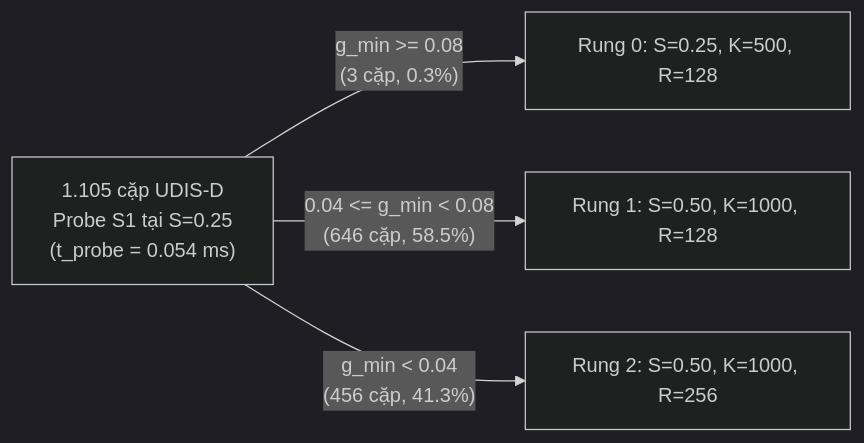
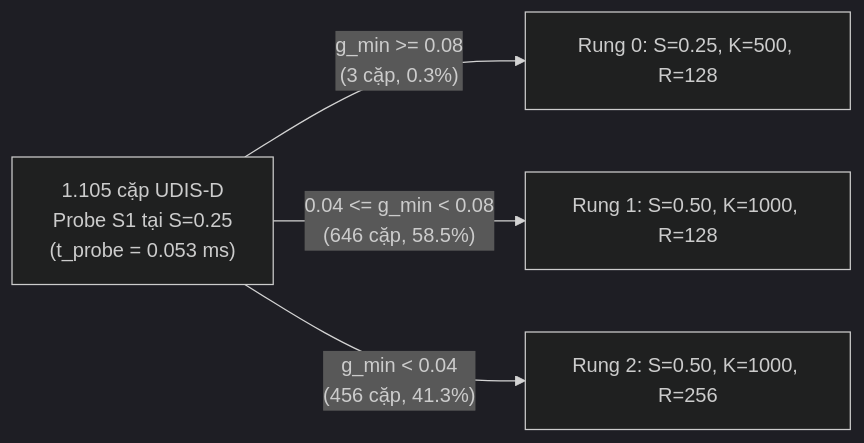
Before and after one commit to nh-atuan/crossstage-stitch: the diagram in docs/stages/s1-a1-ablation.md, drawn with Mermaid (dark theme). The commit also changed other lines of this file and 2 other files, not shown here.

````diff
--- a/docs/stages/s1-a1-ablation.md
+++ b/docs/stages/s1-a1-ablation.md
@@ -72,6 +72,6 @@
 ```mermaid
 flowchart LR
-    P["1.105 cặp UDIS-D<br/>Probe S1 tại S=0.25<br/>(t_probe = 0.054 ms)"] -->|"g_min >= 0.08<br/>(3 cặp, 0.3%)"| R0["Rung 0: S=0.25, K=500, R=128"]
+    P["1.105 cặp UDIS-D<br/>Probe S1 tại S=0.25<br/>(t_probe = 0.053 ms)"] -->|"g_min >= 0.08<br/>(3 cặp, 0.3%)"| R0["Rung 0: S=0.25, K=500, R=128"]
     P -->|"0.04 <= g_min < 0.08<br/>(646 cặp, 58.5%)"| R1["Rung 1: S=0.50, K=1000, R=128"]
     P -->|"g_min < 0.04<br/>(456 cặp, 41.3%)"| R2["Rung 2: S=0.50, K=1000, R=256"]
 ```
````
